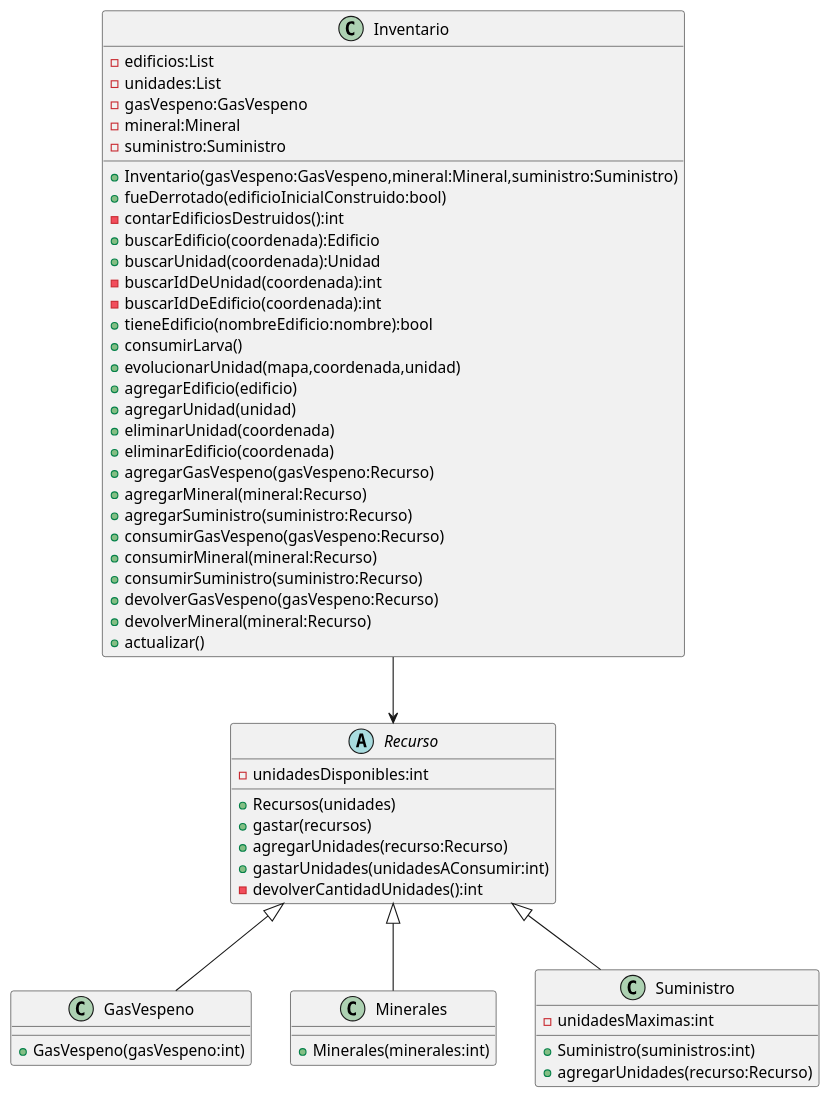
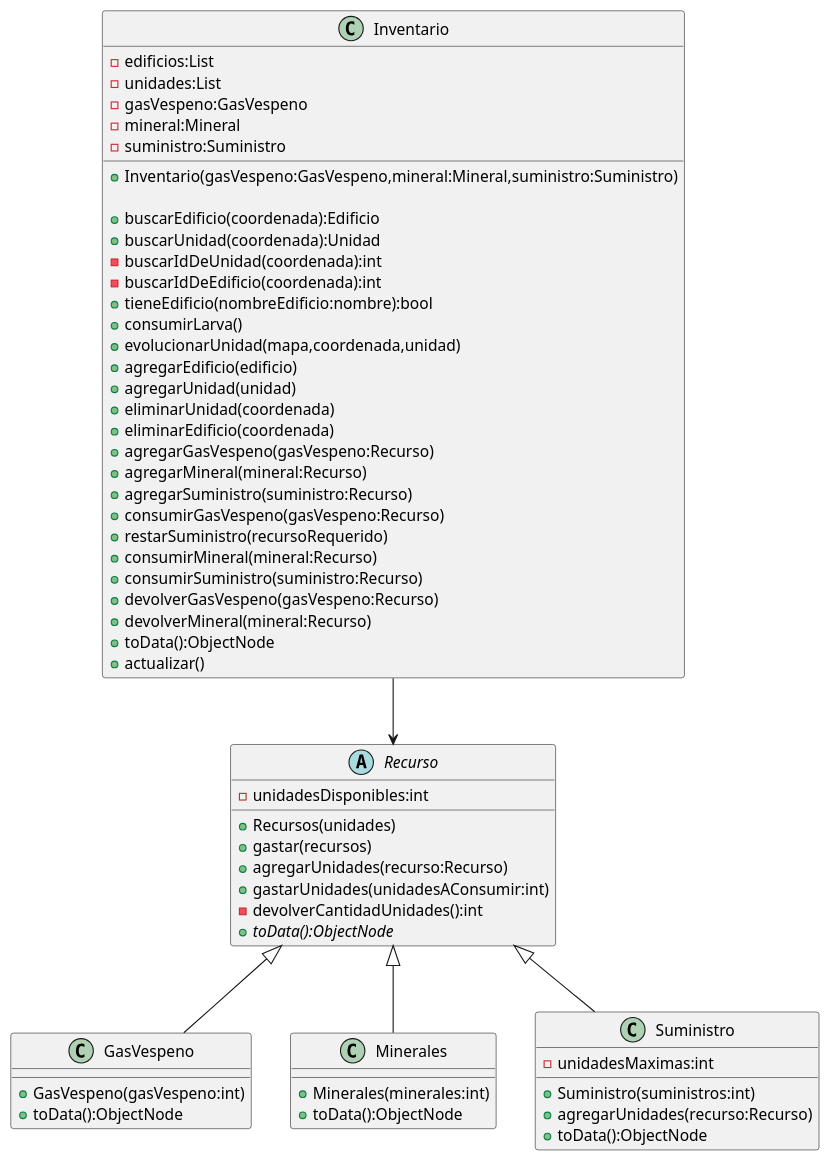
The diagram in diagrams/Modelo/class/clase_inventario.puml (LucasMBarrientos/algo3_tp2), drawn with PlantUML before and after one commit. The commit also changed 1 other file, not shown here.

Commit message:
diagrammmmsdand

```diff
--- a/diagrams/Modelo/class/clase_inventario.puml
+++ b/diagrams/Modelo/class/clase_inventario.puml
@@ -1,68 +1,74 @@
 @startuml
 abstract Recurso{
 -unidadesDisponibles:int
 +Recursos(unidades)
 +gastar(recursos)
 +agregarUnidades(recurso:Recurso)
 +gastarUnidades(unidadesAConsumir:int)
 -devolverCantidadUnidades():int
++{abstract}toData():ObjectNode
 
 }
 
 class Inventario{
 -edificios:List
 -unidades:List
 -gasVespeno:GasVespeno
 -mineral:Mineral
 -suministro:Suministro
+
 +Inventario(gasVespeno:GasVespeno,mineral:Mineral,suministro:Suministro)
-+fueDerrotado(edificioInicialConstruido:bool)
--contarEdificiosDestruidos():int
+
 +buscarEdificio(coordenada):Edificio
 +buscarUnidad(coordenada):Unidad
 -buscarIdDeUnidad(coordenada):int
 -buscarIdDeEdificio(coordenada):int
 +tieneEdificio(nombreEdificio:nombre):bool
 +consumirLarva()
 +evolucionarUnidad(mapa,coordenada,unidad)
 +agregarEdificio(edificio)
 +agregarUnidad(unidad)
 +eliminarUnidad(coordenada)
 +eliminarEdificio(coordenada)
 +agregarGasVespeno(gasVespeno:Recurso)
 +agregarMineral(mineral:Recurso)
 +agregarSuministro(suministro:Recurso)
 +consumirGasVespeno(gasVespeno:Recurso)
++restarSuministro(recursoRequerido)
 +consumirMineral(mineral:Recurso)
 +consumirSuministro(suministro:Recurso)
 +devolverGasVespeno(gasVespeno:Recurso)
 +devolverMineral(mineral:Recurso)
++toData():ObjectNode
 +actualizar()
 }
 
 class GasVespeno{
 +GasVespeno(gasVespeno:int)
++toData():ObjectNode
 }
 
 class Minerales{
 
 +Minerales(minerales:int)
++toData():ObjectNode
 }
 class Suministro{
 -unidadesMaximas:int
 +Suministro(suministros:int)
 +agregarUnidades(recurso:Recurso)
++toData():ObjectNode
 }
 
 
 
 
 
 Recurso <|--Suministro
 Recurso <|--Minerales
 Recurso <|--GasVespeno
 
 
 
 Inventario -down->Recurso
 @enduml
```
